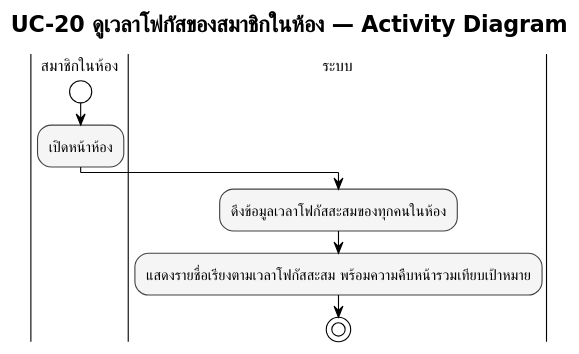
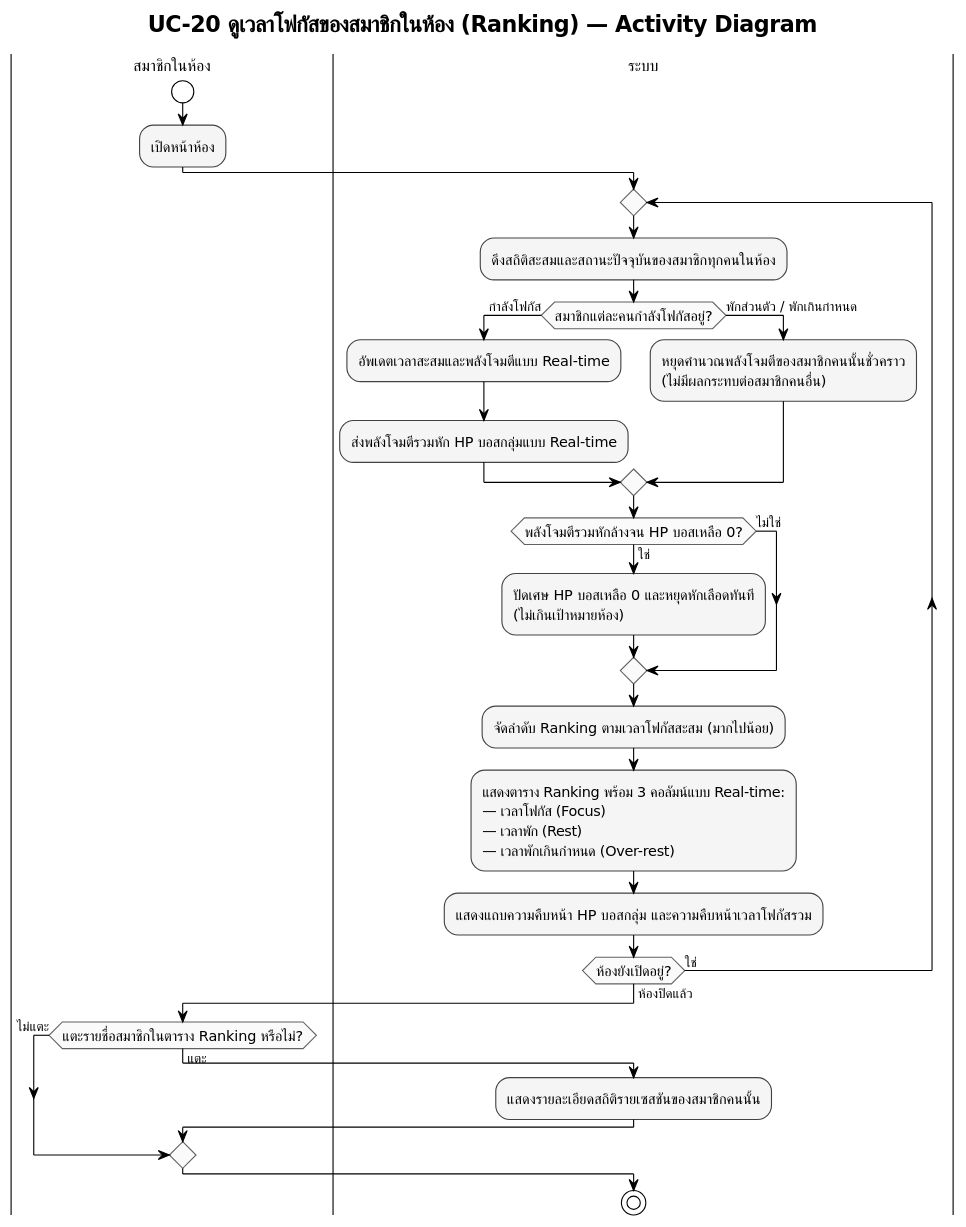
Before and after one commit to popotaroman-cloud/dssiprj-pad: the diagram in proposal/usecase/activity_module5_uc20.puml, drawn with PlantUML. The commit also changed 23 other files, not shown here.

Commit message:
แก้ usecase_description,usecase_activity,usecase_diagram,usecase_description,ui_state_diadgram

```diff
--- a/proposal/usecase/activity_module5_uc20.puml
+++ b/proposal/usecase/activity_module5_uc20.puml
@@ -1,36 +1,59 @@
 @startuml M5_activity_ดูเวลาโฟกัสของสมาชิกในห้อง
 !pragma layout smetana
 skinparam defaultFontName "TH Sarabun New"
 skinparam defaultFontSize 14
 
 !theme plain
 skinparam titleFontName "TH Sarabun New"
 skinparam titleFontSize 20
 skinparam noteFontName "TH Sarabun New"
 skinparam ArrowFontName "TH Sarabun New"
 skinparam ArrowFontSize 12
 skinparam swimlaneTitleFontName "TH Sarabun New"
 skinparam swimlaneTitleFontSize 14
 
 skinparam activity {
   BackgroundColor #F5F5F5
   BorderColor #424242
   FontName "TH Sarabun New"
   FontSize 13
   DiamondBackgroundColor #FAFAFA
   DiamondBorderColor #616161
 }
 
-title UC-20 ดูเวลาโฟกัสของสมาชิกในห้อง — Activity Diagram
+title UC-20 ดูเวลาโฟกัสของสมาชิกในห้อง (Ranking) — Activity Diagram
 
 |สมาชิกในห้อง|
 start
 :เปิดหน้าห้อง;
 
 |ระบบ|
-:ดึงข้อมูลเวลาโฟกัสสะสมของทุกคนในห้อง;
-:แสดงรายชื่อเรียงตามเวลาโฟกัสสะสม พร้อมความคืบหน้ารวมเทียบเป้าหมาย;
+repeat
+  :ดึงสถิติสะสมและสถานะปัจจุบันของสมาชิกทุกคนในห้อง;
+  if (สมาชิกแต่ละคนกำลังโฟกัสอยู่?) then (กำลังโฟกัส)
+    :อัพเดตเวลาสะสมและพลังโจมตีแบบ Real-time;
+    :ส่งพลังโจมตีรวมหัก HP บอสกลุ่มแบบ Real-time;
+  else (พักส่วนตัว / พักเกินกำหนด)
+    :หยุดคำนวณพลังโจมตีของสมาชิกคนนั้นชั่วคราว\n(ไม่มีผลกระทบต่อสมาชิกคนอื่น);
+  endif
+
+  if (พลังโจมตีรวมหักล้างจน HP บอสเหลือ 0?) then (ใช่)
+    :ปัดเศษ HP บอสเหลือ 0 และหยุดหักเลือดทันที\n(ไม่เกินเป้าหมายห้อง);
+  else (ไม่ใช่)
+  endif
+
+  :จัดลำดับ Ranking ตามเวลาโฟกัสสะสม (มากไปน้อย);
+  :แสดงตาราง Ranking พร้อม 3 คอลัมน์แบบ Real-time:\n— เวลาโฟกัส (Focus)\n— เวลาพัก (Rest)\n— เวลาพักเกินกำหนด (Over-rest);
+  :แสดงแถบความคืบหน้า HP บอสกลุ่ม และความคืบหน้าเวลาโฟกัสรวม;
+repeat while (ห้องยังเปิดอยู่?) is (ใช่) not (ห้องปิดแล้ว)
+
+|สมาชิกในห้อง|
+if (แตะรายชื่อสมาชิกในตาราง Ranking หรือไม่?) then (แตะ)
+  |ระบบ|
+  :แสดงรายละเอียดสถิติรายเซสชันของสมาชิกคนนั้น;
+else (ไม่แตะ)
+endif
 
 stop
 
 @enduml
```
